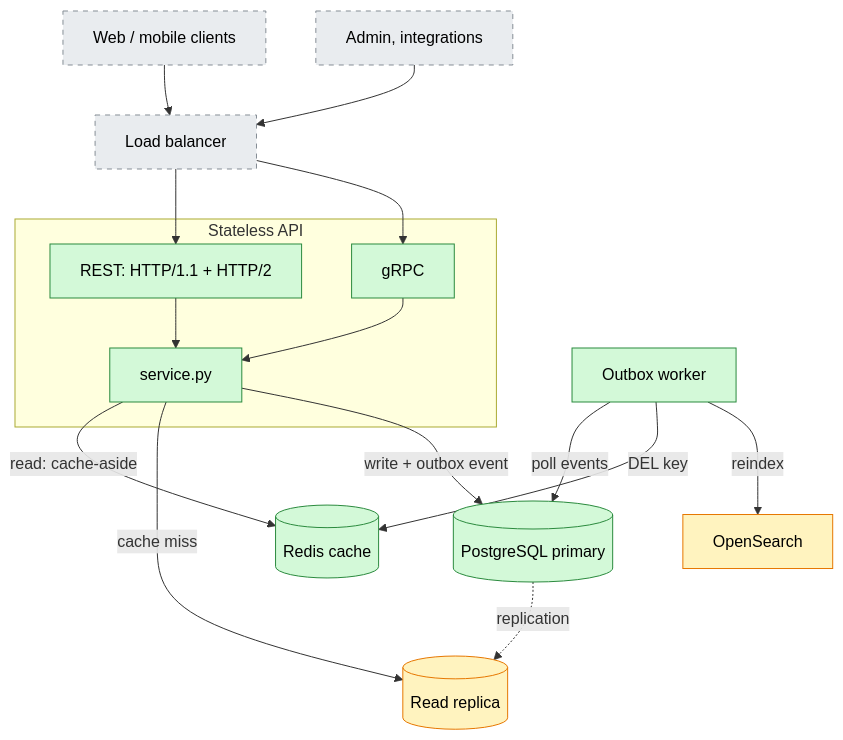
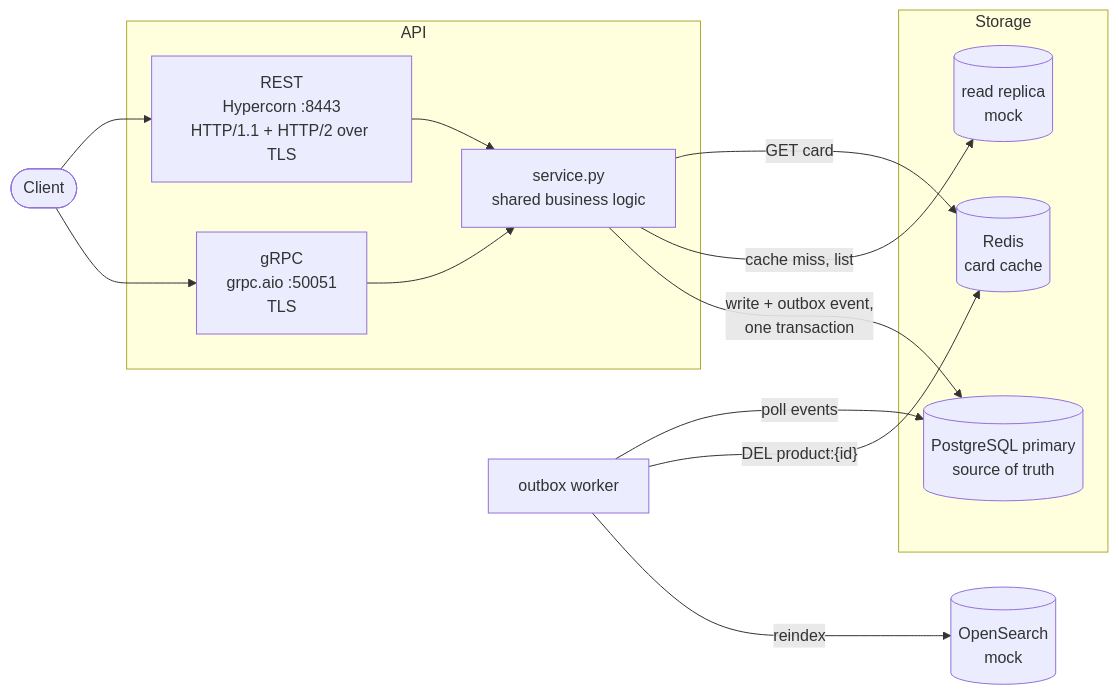
The first of 6 diagrams in sis-2/README.md (BEknUur/kbtu-higload-backend), drawn with Mermaid before and after one commit. The commit also changed other lines of this file, not shown here.

Commit message:
docs: update README.md to enhance product catalog architecture and API details

````diff
--- a/sis-2/README.md
+++ b/sis-2/README.md
@@ -32,39 +8,28 @@
 ```mermaid
-flowchart TB
-    client["Web / mobile clients"]
-    admin["Admin, integrations"]
-    lb["Load balancer"]
+flowchart LR
+    client([Client])
 
-    subgraph api["Stateless API"]
-        rest["REST: HTTP/1.1 + HTTP/2"]
-        grpcs["gRPC"]
-        svc["service.py"]
-        rest --> svc
-        grpcs --> svc
+    subgraph api[API]
+        rest["REST<br/>Hypercorn :8443<br/>HTTP/1.1 + HTTP/2 over TLS"]
+        grpcs["gRPC<br/>grpc.aio :50051<br/>TLS"]
+        svc["service.py<br/>shared business logic"]
     end
 
-    redis[("Redis cache")]
-    pg[("PostgreSQL primary")]
-    replica[("Read replica")]
-    worker["Outbox worker"]
-    search["OpenSearch"]
+    subgraph data[Storage]
+        redis[("Redis<br/>card cache")]
+        pg[("PostgreSQL primary<br/>source of truth")]
+        replica[("read replica<br/>mock")]
+    end
 
-    client --> lb
-    admin --> lb
-    lb --> rest
-    lb --> grpcs
-    svc -->|"read: cache-aside"| redis
-    svc -->|"cache miss"| replica
-    svc -->|"write + outbox event"| pg
-    pg -.->|"replication"| replica
-    worker -->|"poll events"| pg
-    worker -->|"DEL key"| redis
-    worker -->|"reindex"| search
+    worker["outbox worker"]
+    search[("OpenSearch<br/>mock")]
 
-    classDef real fill:#d3f9d8,stroke:#2b8a3e,color:#000
-    classDef mock fill:#fff3bf,stroke:#e67700,color:#000
-    classDef design fill:#e9ecef,stroke:#868e96,color:#000,stroke-dasharray: 5 5
-    class rest,grpcs,svc,redis,pg,worker real
-    class replica,search mock
-    class client,admin,lb design
+    client --> rest & grpcs
+    rest & grpcs --> svc
+    svc -- "GET card" --> redis
+    svc -- "cache miss, list" --> replica
+    svc -- "write + outbox event,<br/>one transaction" --> pg
+    worker -- "poll events" --> pg
+    worker -- "DEL product:{id}" --> redis
+    worker -- "reindex" --> search
 ```
````
